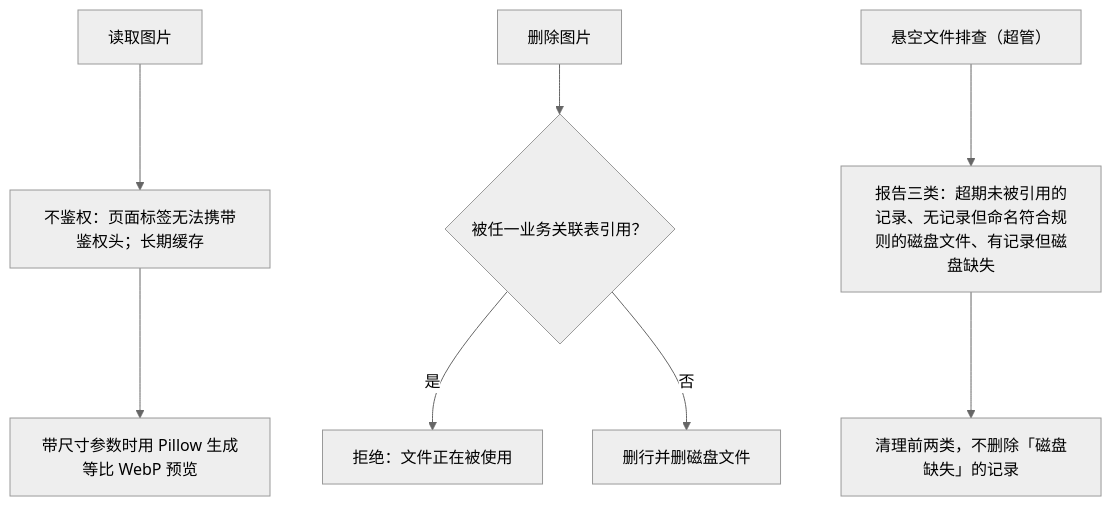
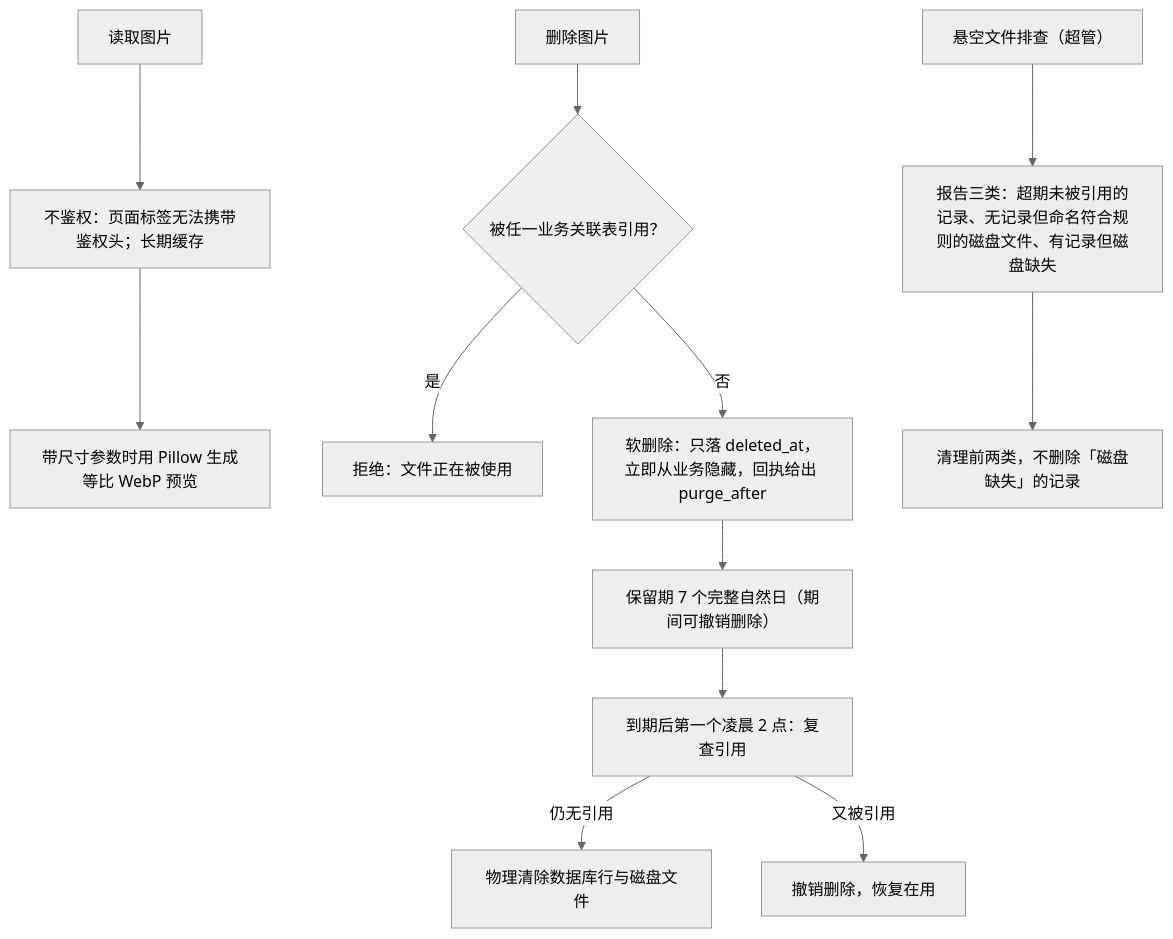
Before and after one commit to Sakana-1314/Electrical-Manager: diagram 20 of 30 in docs/websites/pages/dev-flows.md, drawn with Mermaid (neutral theme). The commit also changed 18 other files, not shown here.

````diff
--- a/docs/websites/pages/dev-flows.md
+++ b/docs/websites/pages/dev-flows.md
@@ -324,10 +324,14 @@
 ```mermaid
 flowchart TD
     A["读取图片"] --> B["不鉴权：页面标签无法携带鉴权头；长期缓存"]
     B --> C["带尺寸参数时用 Pillow 生成等比 WebP 预览"]
     D["删除图片"] --> E{"被任一业务关联表引用？"}
     E -- "是" --> F["拒绝：文件正在被使用"]
-    E -- "否" --> G["删行并删磁盘文件"]
+    E -- "否" --> G["软删除：只落 deleted_at，立即从业务隐藏，回执给出 purge_after"]
+    G --> G1["保留期 7 个完整自然日（期间可撤销删除）"]
+    G1 --> G2["到期后第一个凌晨 2 点：复查引用"]
+    G2 -- "仍无引用" --> G3["物理清除数据库行与磁盘文件"]
+    G2 -- "又被引用" --> G4["撤销删除，恢复在用"]
     H["悬空文件排查（超管）"] --> I["报告三类：超期未被引用的记录、无记录但命名符合规则的磁盘文件、有记录但磁盘缺失"]
     I --> J["清理前两类，不删除「磁盘缺失」的记录"]
 ```
````
